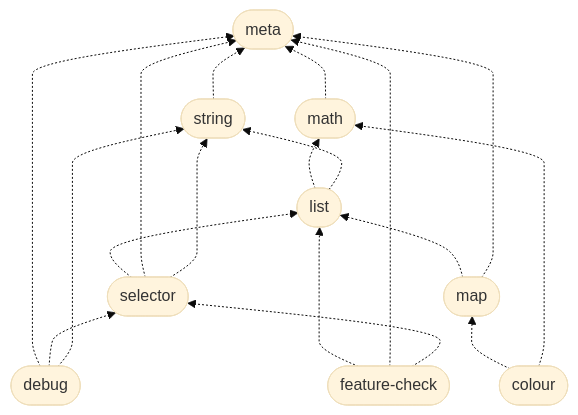
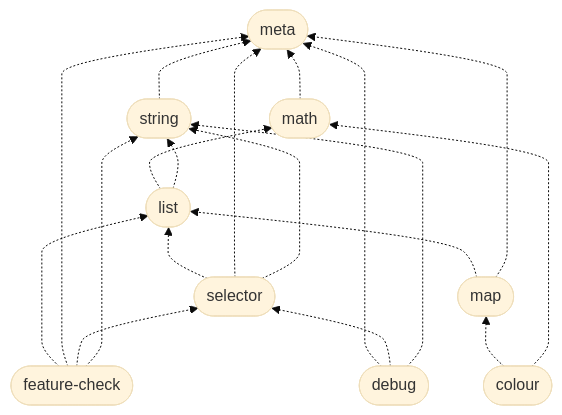
The diagram in src/scss/modules/dependencies.mmd (maddimathon/utility-sass), drawn with Mermaid (base theme) before and after one commit. The commit also changed 430 other files, not shown here.

First line of the commit message:
[2026-11-10] Added `text-box` to FeatureCheck

```diff
--- a/src/scss/modules/dependencies.mmd
+++ b/src/scss/modules/dependencies.mmd
@@ -1,25 +1,25 @@
 ---
 config:
   flowchart:
     curve: monotoneY
 ---
 flowchart BT
 	Colour([colour])
 	Debug([debug])
 	FeatureCheck([feature-check])
 	List([list])
 	Map([map])
 	Math([math])
 	Meta([meta])
 	Selector([selector])
 	String([string])
 
     %% from dependents to their dependencies
     String -.-> Meta
     Math -.-> Meta
     List -.-> Math & String
     Map -.-> List & Meta
     Colour -.-> Map & Math
     Selector -.-> List & Meta & String
     Debug -.-> Meta & Selector & String
-    FeatureCheck -.-> List & Meta & Selector
+    FeatureCheck -.-> List & Meta & Selector & String
```
